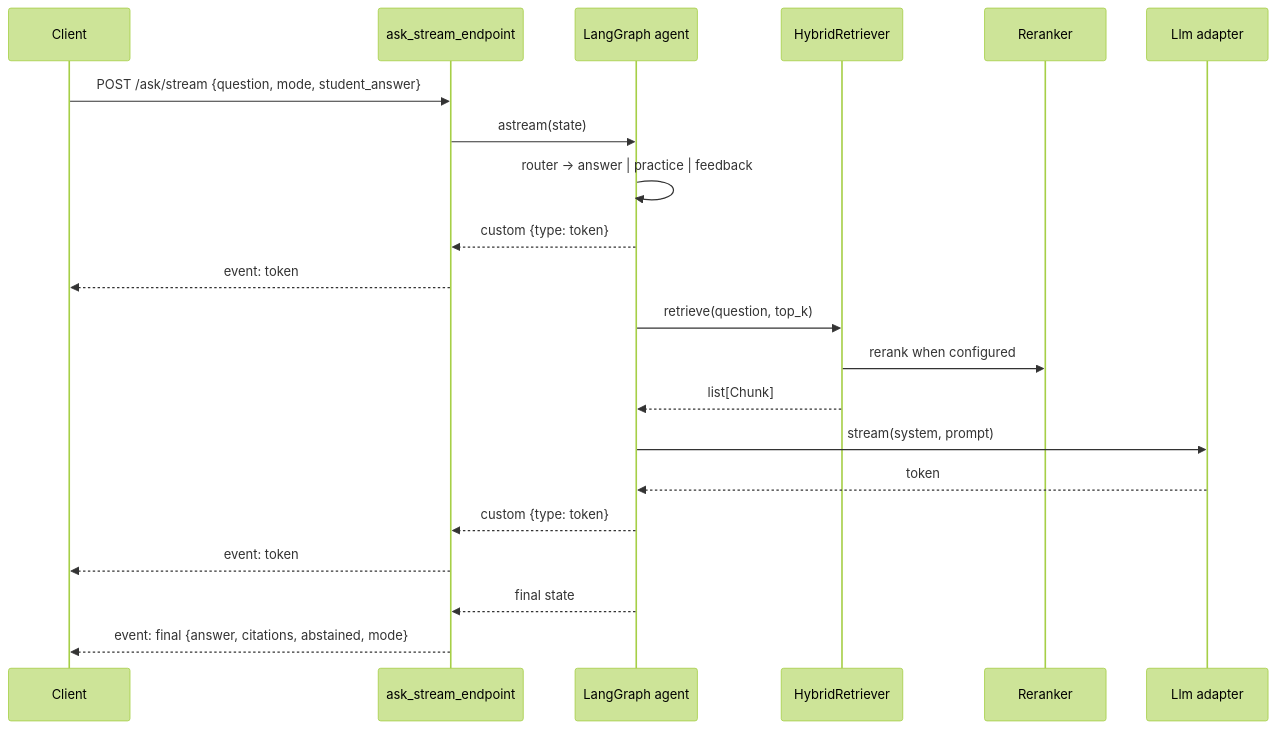
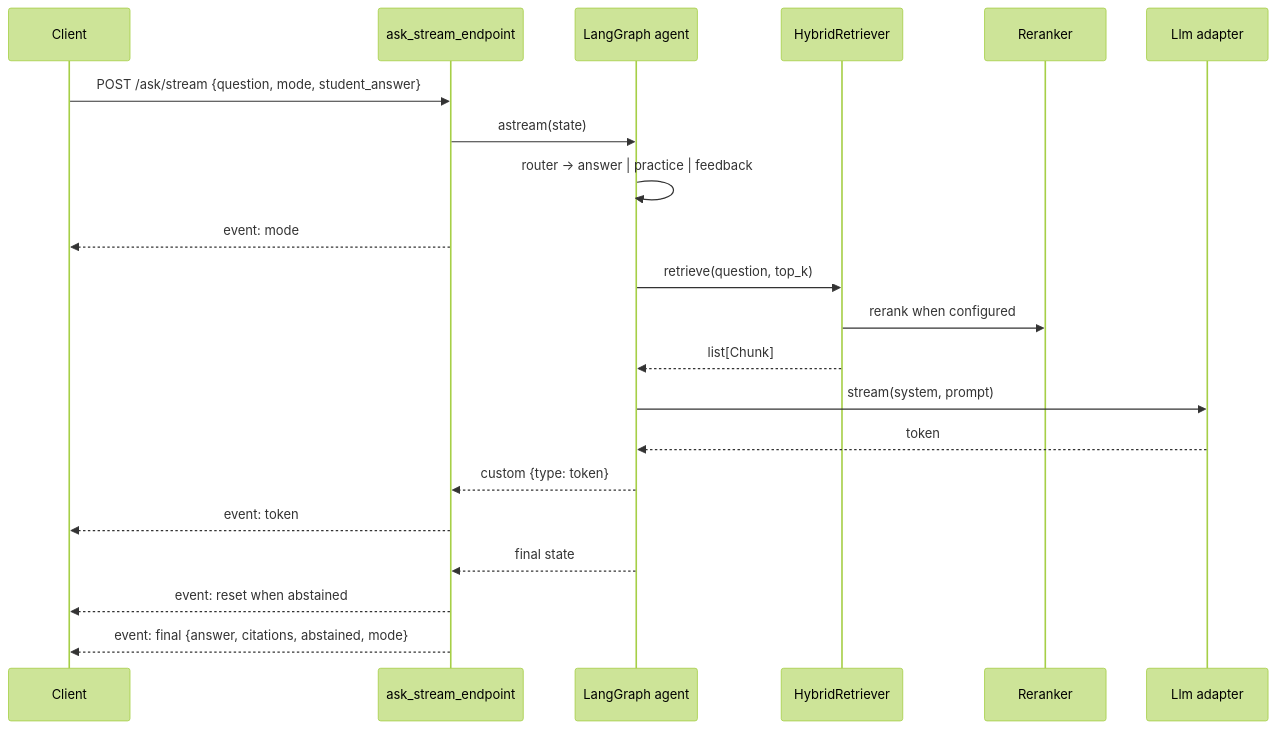
One commit to monitus2022/owl-online changed the fourth of 5 diagrams in docs/architecture.md. Above: the diagram before and after it, drawn with Mermaid (forest theme). The commit also changed other lines of this file and 17 other files, not shown here.

````diff
--- a/docs/architecture.md
+++ b/docs/architecture.md
@@ -196,24 +196,24 @@
 ```mermaid
 sequenceDiagram
   participant C as Client
   participant API as ask_stream_endpoint
   participant G as LangGraph agent
   participant R as HybridRetriever
   participant RR as Reranker
   participant LLM as Llm adapter
 
   C->>API: POST /ask/stream {question, mode, student_answer}
   API->>G: astream(state)
   G->>G: router -> answer | practice | feedback
-  G-->>API: custom {type: token}
-  API-->>C: event: token
+  API-->>C: event: mode
   G->>R: retrieve(question, top_k)
   R->>RR: rerank when configured
   R-->>G: list[Chunk]
   G->>LLM: stream(system, prompt)
   LLM-->>G: token
   G-->>API: custom {type: token}
   API-->>C: event: token
   G-->>API: final state
+  API-->>C: event: reset when abstained
   API-->>C: event: final {answer, citations, abstained, mode}
 ```
````
